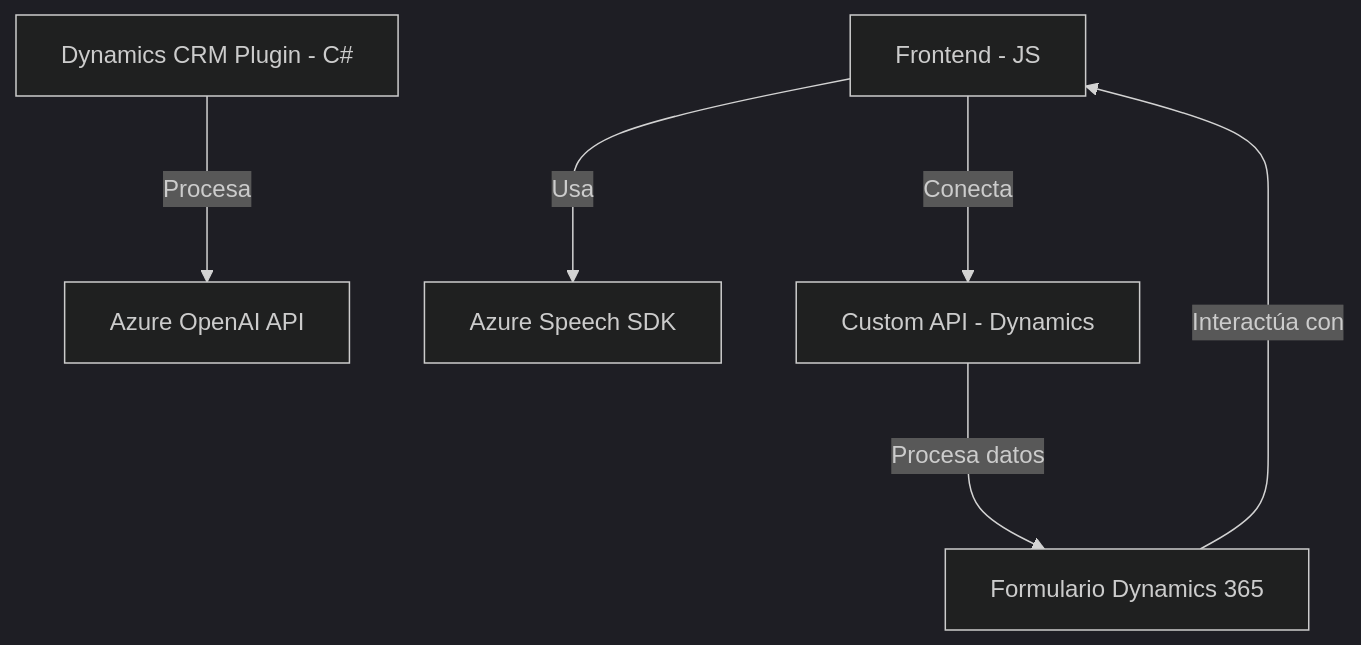
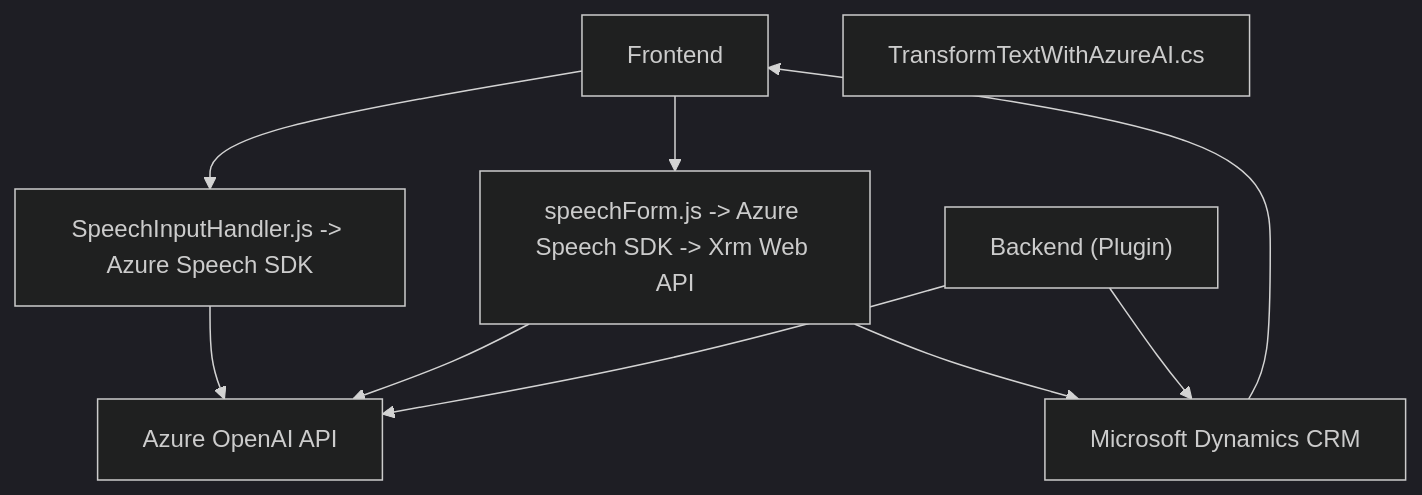
One commit to blopezdm/NETCORE_BILBAO2025 changed the diagram in README.md. Above: the diagram before and after it, drawn with Mermaid (dark theme). The commit also changed other lines of this file, not shown here.

Commit message:
Actualizar análisis global de la solución con IA

````diff
--- a/README.md
+++ b/README.md
@@ -33,15 +40,19 @@
 ```mermaid
 graph TD
-  A["Frontend - JS"]
-  B["Dynamics CRM Plugin - C#"]
-  C["Azure Speech SDK"]
-  D["Azure OpenAI API"]
-  E["Custom API - Dynamics"]
-  F["Formulario Dynamics 365"]
-
-  A --->|Usa| C
-  A --->|Conecta| E
-  B --->|Procesa| D
-  F --->|Interactúa con| A
-  E --->|Procesa datos| F
+    A["Frontend"]
+    B["SpeechInputHandler.js -> Azure Speech SDK"]
+    C["speechForm.js -> Azure Speech SDK -> Xrm Web API"]
+    D["Backend (Plugin)"]
+    E["TransformTextWithAzureAI.cs"]
+    F["Microsoft Dynamics CRM"]
+    G["Azure OpenAI API"]
+    
+    A --> B
+    A --> C
+    B --> G
+    C --> G
+    C --> F
+    D --> F
+    D --> G
+    F --> A
 ```
````
